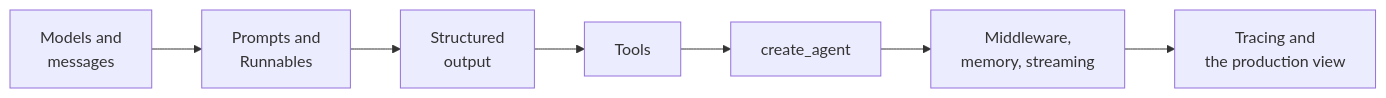
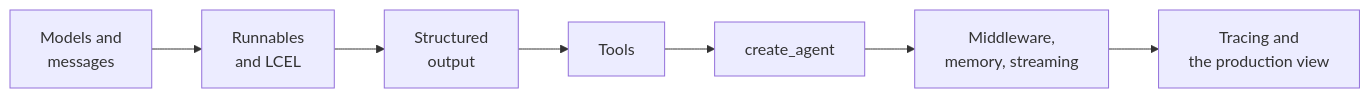
One commit to shubamchaudhary/CodeNITW changed the first of 7 diagrams in src/Data/aiStackDocs/CH-13.md. Above: the diagram before and after it, drawn with Mermaid. The commit also changed other lines of this file and 7 other files, not shown here.

````diff
--- a/src/Data/aiStackDocs/CH-13.md
+++ b/src/Data/aiStackDocs/CH-13.md
@@ -5,9 +3,9 @@
 ```mermaid
 flowchart LR
-    A["Models and<br/>messages"] --> B["Prompts and<br/>Runnables"]
+    A["Models and<br/>messages"] --> B["Runnables<br/>and LCEL"]
     B --> C["Structured<br/>output"]
     C --> D["Tools"]
     D --> E["create_agent"]
     E --> F["Middleware,<br/>memory, streaming"]
     F --> G["Tracing and<br/>the production view"]
 ```
````
